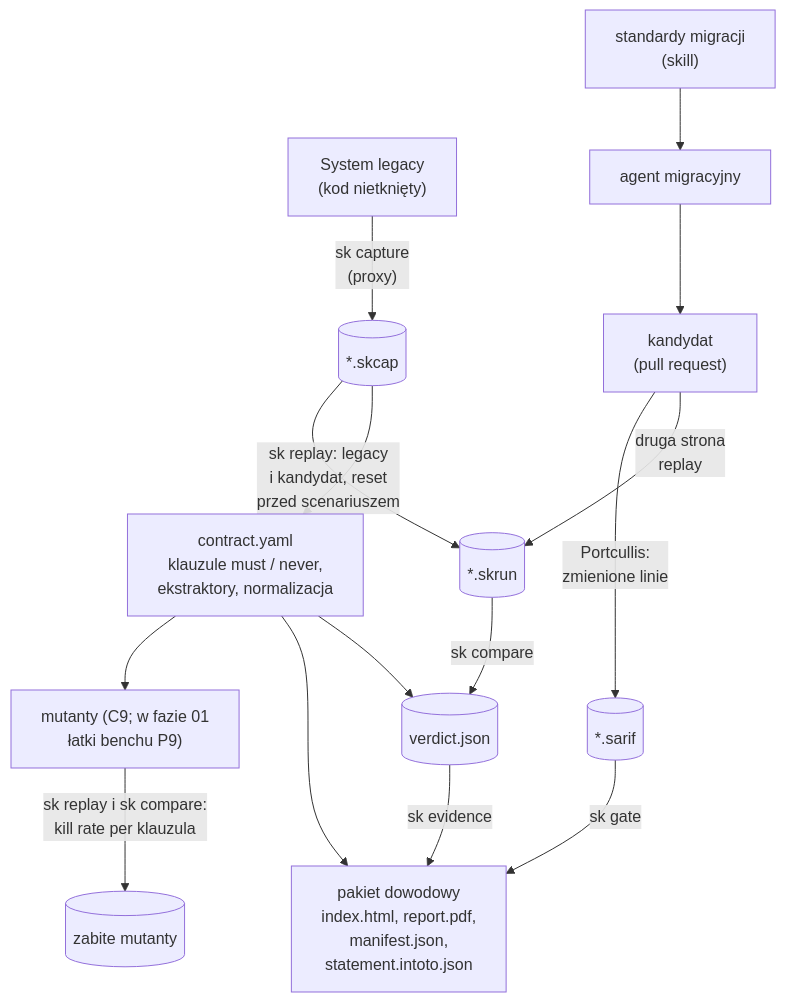
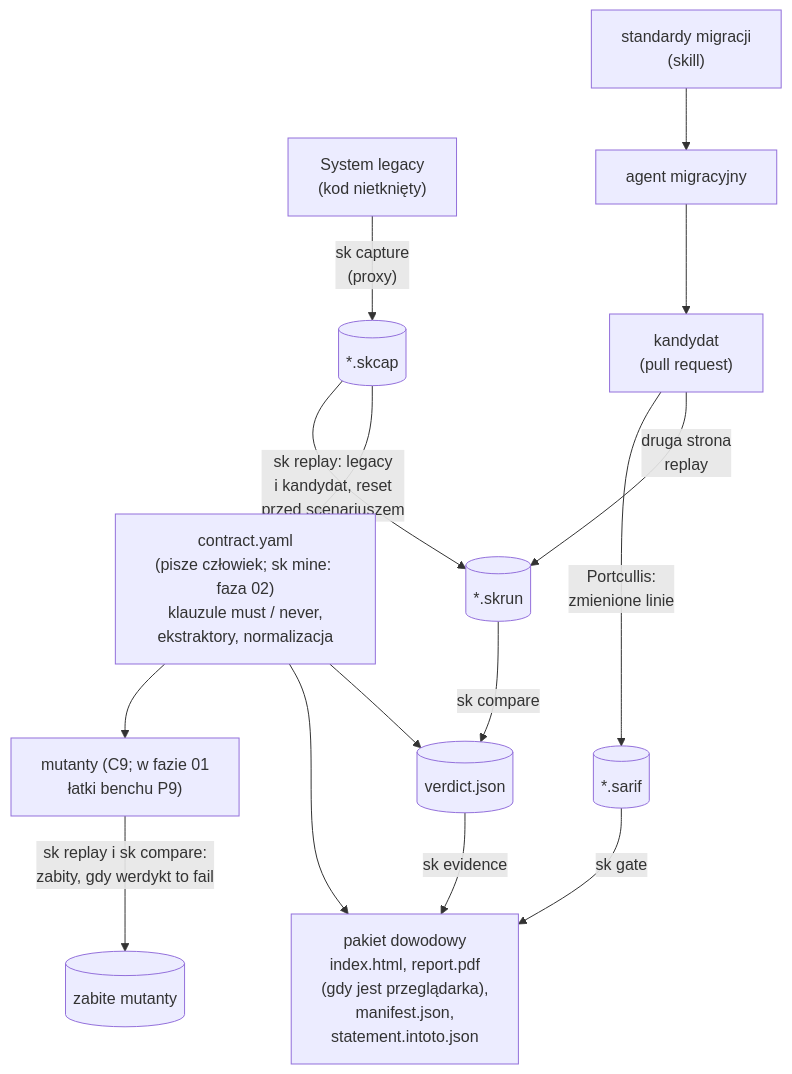
Before and after one commit to konradcinkusz/letsgolegacy.secondkey: the diagram in docs/diagrams/a2-lancuch-weryfikacji.mmd, drawn with Mermaid. The commit also changed 2 other files, not shown here.

```diff
--- a/docs/diagrams/a2-lancuch-weryfikacji.mmd
+++ b/docs/diagrams/a2-lancuch-weryfikacji.mmd
@@ -1,15 +1,15 @@
 flowchart TB
   LEG["System legacy<br/>(kod nietknięty)"] -- "sk capture<br/>(proxy)" --> SKCAP[("*.skcap")]
   STD["standardy migracji<br/>(skill)"] --> AG["agent migracyjny"]
   AG --> CAND["kandydat<br/>(pull request)"]
-  SKCAP --> CON["contract.yaml<br/>klauzule must / never,<br/>ekstraktory, normalizacja"]
+  SKCAP --> CON["contract.yaml<br/>(pisze człowiek; sk mine: faza 02)<br/>klauzule must / never,<br/>ekstraktory, normalizacja"]
   SKCAP -- "sk replay: legacy<br/>i kandydat, reset<br/>przed scenariuszem" --> SKRUN[("*.skrun")]
   CAND -- "druga strona<br/>replay" --> SKRUN
   CAND -- "Portcullis:<br/>zmienione linie" --> SARIF[("*.sarif")]
   SKRUN -- "sk compare" --> VER[("verdict.json")]
   CON --> VER
-  VER -- "sk evidence" --> PACK["pakiet dowodowy<br/>index.html, report.pdf,<br/>manifest.json,<br/>statement.intoto.json"]
+  VER -- "sk evidence" --> PACK["pakiet dowodowy<br/>index.html, report.pdf<br/>(gdy jest przeglądarka),<br/>manifest.json,<br/>statement.intoto.json"]
   SARIF -- "sk gate" --> PACK
   CON --> PACK
   CON --> MUT["mutanty (C9; w fazie 01<br/>łatki benchu P9)"]
-  MUT -- "sk replay i sk compare:<br/>kill rate per klauzula" --> KR[("zabite mutanty")]
+  MUT -- "sk replay i sk compare:<br/>zabity, gdy werdykt to fail" --> KR[("zabite mutanty")]
```
